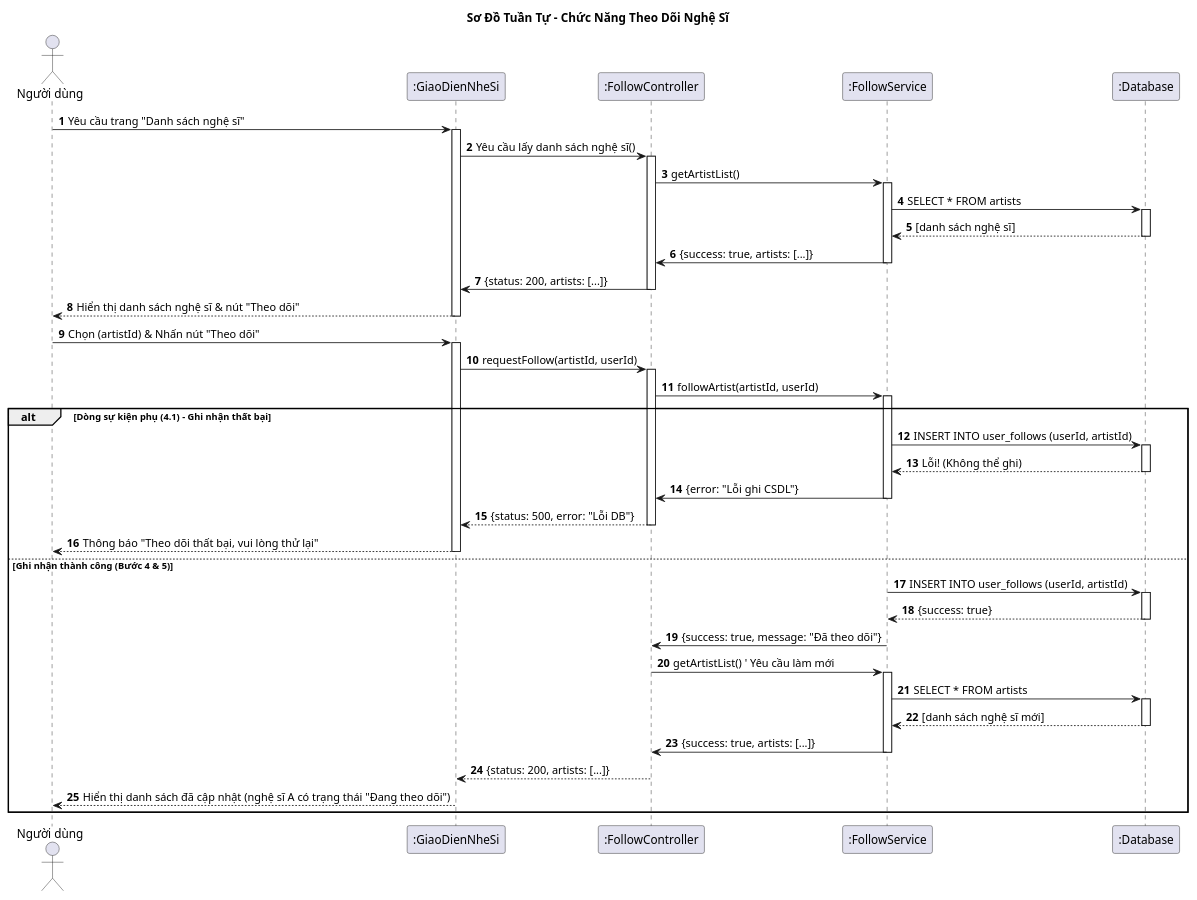
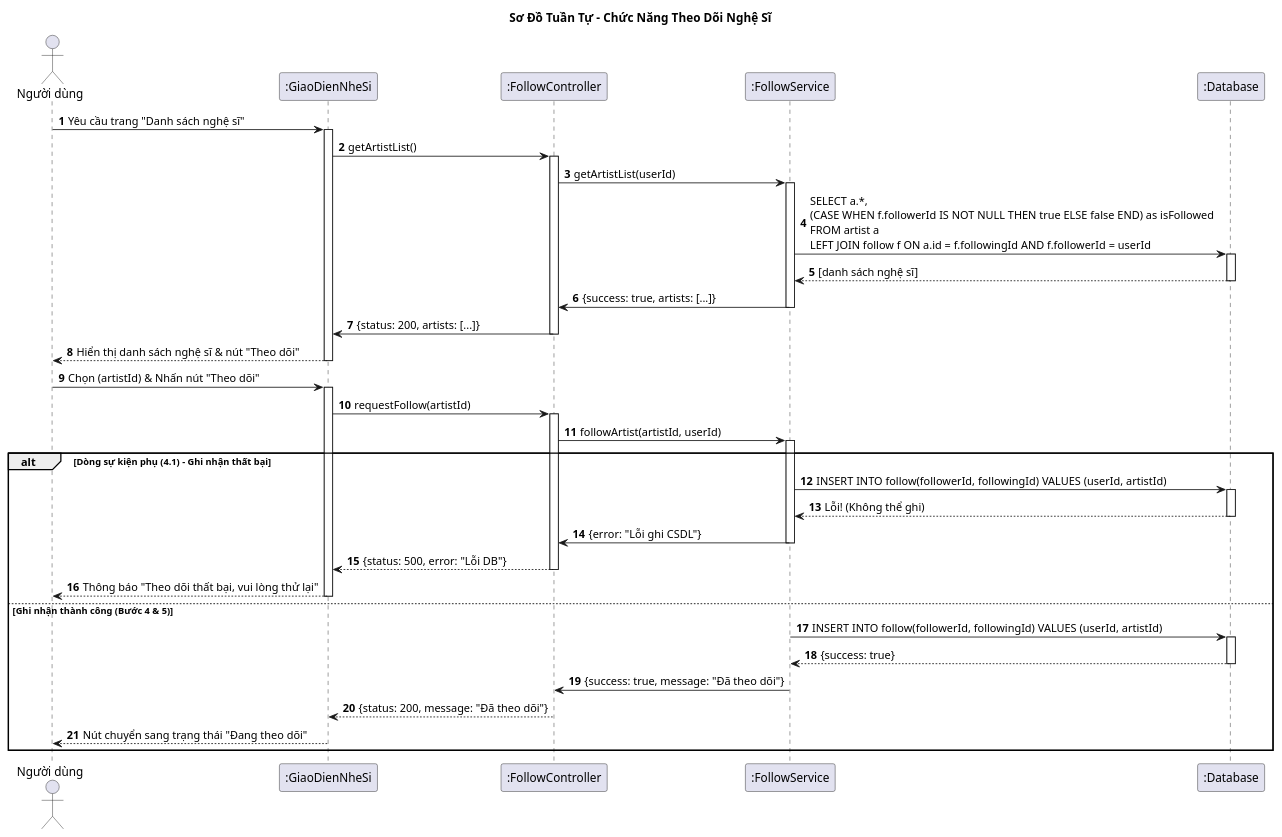
Before and after one commit to vinh047/soundwave: the diagram in Diagrams/SequenceDiagram/FollowSD.plantuml, drawn with PlantUML. The commit also changed 8 other files, not shown here.

Commit message:
Sửa Sequence Diagram 7 cái đầu

```diff
--- a/Diagrams/SequenceDiagram/FollowSD.plantuml
+++ b/Diagrams/SequenceDiagram/FollowSD.plantuml
@@ -1,78 +1,71 @@
 @startuml Sequence Diagram - Theo Dõi Nghệ Sĩ
 
 title Sơ Đồ Tuần Tự - Chức Năng Theo Dõi Nghệ Sĩ
 
 actor "Người dùng" as User
 participant ":GiaoDienNheSi" as UI
 participant ":FollowController" as Controller
 participant ":FollowService" as Service
 participant ":Database" as DB
 
 autonumber
 
 ' === Dòng sự kiện chính (bước 1 & 2): Tải giao diện ===
 User -> UI: Yêu cầu trang "Danh sách nghệ sĩ"
 activate UI
-UI -> Controller: Yêu cầu lấy danh sách nghệ sĩ()
+UI -> Controller: getArtistList()
 activate Controller
-Controller -> Service: getArtistList()
+Controller -> Service: getArtistList(userId)
 activate Service
-Service -> DB: SELECT * FROM artists
+Service -> DB: SELECT a.*, \n(CASE WHEN f.followerId IS NOT NULL THEN true ELSE false END) as isFollowed \nFROM artist a \nLEFT JOIN follow f ON a.id = f.followingId AND f.followerId = userId
 activate DB
 DB --> Service: [danh sách nghệ sĩ]
 deactivate DB
 Service -> Controller: {success: true, artists: [...]}
 deactivate Service
 Controller -> UI: {status: 200, artists: [...]}
 deactivate Controller
 UI --> User: Hiển thị danh sách nghệ sĩ & nút "Theo dõi"
 deactivate UI
 
 ' === Dòng sự kiện chính (bước 3): Người dùng chọn Theo dõi ===
 User -> UI: Chọn (artistId) & Nhấn nút "Theo dõi"
 activate UI
-UI -> Controller: requestFollow(artistId, userId)
+UI -> Controller: requestFollow(artistId)
 activate Controller
 Controller -> Service: followArtist(artistId, userId)
 activate Service
 
 ' === Dòng sự kiện (bước 4, 5) & Dòng sự kiện phụ (4.1) ===
 alt Dòng sự kiện phụ (4.1) - Ghi nhận thất bại
     ' Bước 4 & 5: Ghi nhận vào CSDL
-    Service -> DB: INSERT INTO user_follows (userId, artistId)
+    Service -> DB: INSERT INTO follow(followerId, followingId) VALUES (userId, artistId)
     activate DB
     DB --> Service: Lỗi! (Không thể ghi)
     deactivate DB
     Service -> Controller: {error: "Lỗi ghi CSDL"}
     deactivate Service
     Controller --> UI: {status: 500, error: "Lỗi DB"}
     deactivate Controller
     
     UI --> User: Thông báo "Theo dõi thất bại, vui lòng thử lại"
     deactivate UI
 
 else Ghi nhận thành công (Bước 4 & 5)
-    Service -> DB: INSERT INTO user_follows (userId, artistId)
+    Service -> DB: INSERT INTO follow(followerId, followingId) VALUES (userId, artistId)
     activate DB
     DB --> Service: {success: true}
     deactivate DB
     Service -> Controller: {success: true, message: "Đã theo dõi"}
     deactivate Service
 
     ' === Dòng sự kiện chính (bước 6): Hiện lại danh sách ===
     ' (Hệ thống tự động làm mới giao diện)
-    Controller -> Service: getArtistList() ' Yêu cầu làm mới
-    activate Service
-    Service -> DB: SELECT * FROM artists
-    activate DB
-    DB --> Service: [danh sách nghệ sĩ mới]
-    deactivate DB
-    Service -> Controller: {success: true, artists: [...]}
-    deactivate Service
-    Controller --> UI: {status: 200, artists: [...]}
+    Controller --> UI: {status: 200, message: "Đã theo dõi"}
     deactivate Controller
     
-    UI --> User: Hiển thị danh sách đã cập nhật (nghệ sĩ A có trạng thái "Đang theo dõi")
+    UI --> User: Nút chuyển sang trạng thái "Đang theo dõi"
+
     deactivate UI
 end
 @enduml
```
